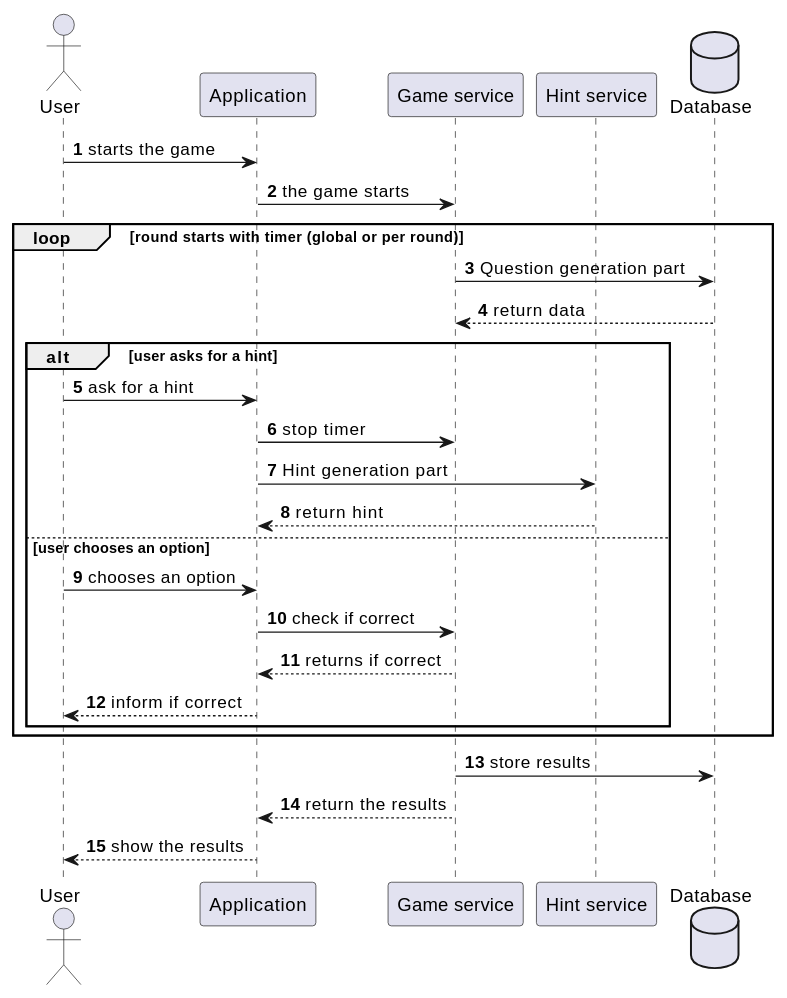
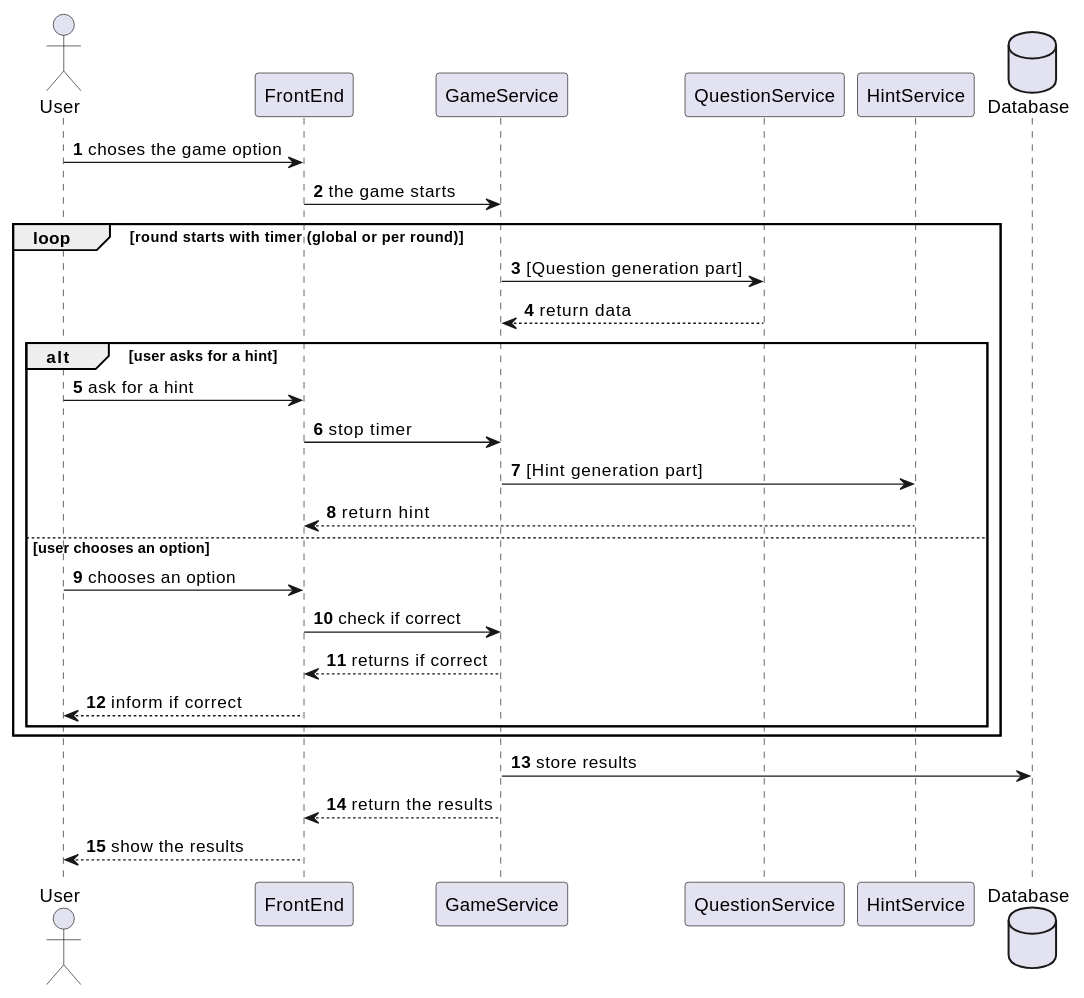
One commit to Arquisoft/wichat_en3a changed the third of 5 diagrams in docs/src/06_runtime_view.adoc. Above: the diagram before and after it, drawn with PlantUML. The commit also changed other lines of this file, not shown here.

```diff
--- a/docs/src/06_runtime_view.adoc
+++ b/docs/src/06_runtime_view.adoc
@@ -131,31 +95,32 @@
 [plantuml,"Game diagram",png]
 ----
 autonumber
 actor User
-participant Application
-participant "Game service"
-participant "Hint service"
+participant FrontEnd
+participant GameService
+participant QuestionService
+participant HintService
 database Database
 
-User -> Application: starts the game
-Application -> "Game service": the game starts
+User -> FrontEnd: choses the game option
+FrontEnd -> GameService: the game starts
 loop round starts with timer (global or per round)
-    "Game service" -> Database: Question generation part
-    Database --> "Game service": return data
+    GameService -> QuestionService: [Question generation part]
+    QuestionService --> GameService: return data
     alt user asks for a hint
-        User -> Application: ask for a hint
-        Application -> "Game service": stop timer
-        Application -> "Hint service": Hint generation part
-        "Hint service" --> Application: return hint
+        User -> FrontEnd: ask for a hint
+        FrontEnd -> GameService: stop timer
+        GameService -> HintService: [Hint generation part]
+        HintService --> FrontEnd: return hint
 
     else user chooses an option
-        User -> Application: chooses an option
-        Application -> "Game service": check if correct
-        "Game service" --> Application: returns if correct
-        Application --> User: inform if correct
+        User -> FrontEnd: chooses an option
+        FrontEnd -> GameService: check if correct
+        GameService --> FrontEnd: returns if correct
+        FrontEnd --> User: inform if correct
     end
 end
-"Game service" -> Database: store results
-"Game service" --> Application: return the results
-Application --> User: show the results
+GameService -> Database: store results
+GameService --> FrontEnd: return the results
+FrontEnd --> User: show the results
 ----
```
